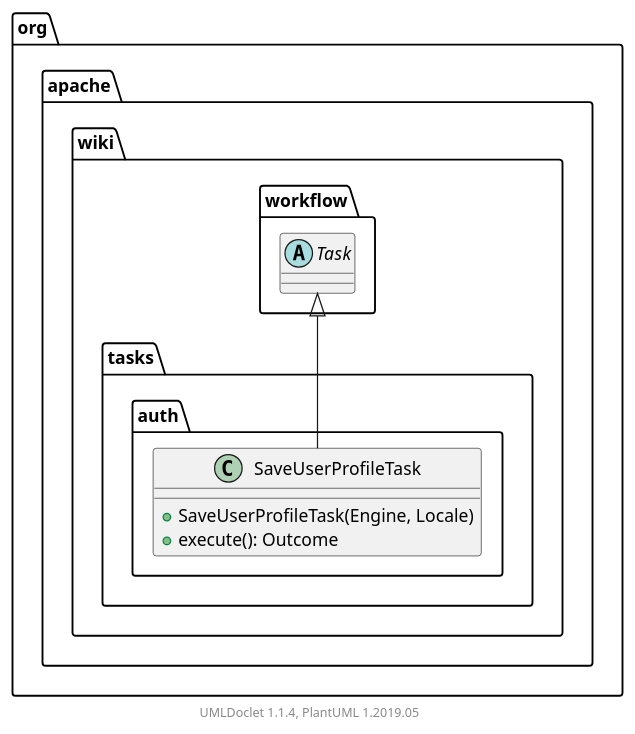
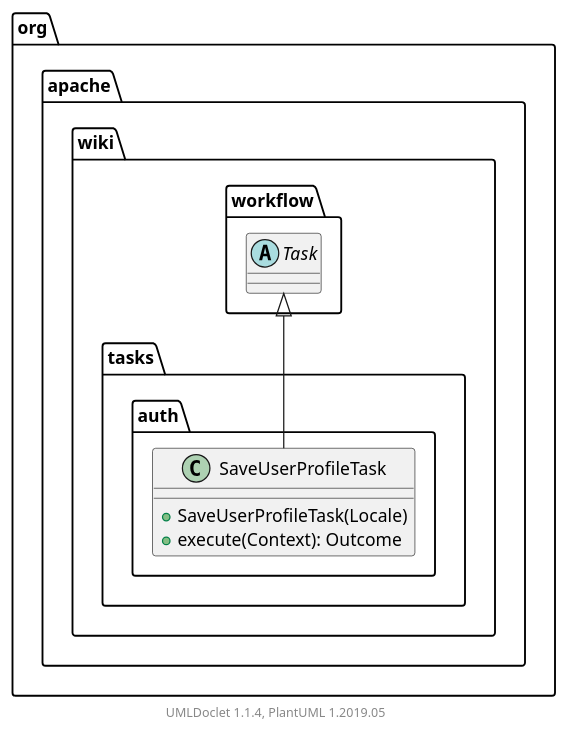
The diagram in apidocs/2.11.0.M8-SNAPSHOT/org/apache/wiki/tasks/auth/package.puml (apache/jspwiki-site), drawn with PlantUML before and after one commit. The commit also changed 1878 other files, not shown here.

```diff
--- a/apidocs/2.11.0.M8-SNAPSHOT/org/apache/wiki/tasks/auth/package.puml
+++ b/apidocs/2.11.0.M8-SNAPSHOT/org/apache/wiki/tasks/auth/package.puml
@@ -1,17 +1,17 @@
 @startuml
 
     namespace org.apache.wiki.tasks.auth {
 
         class SaveUserProfileTask [[SaveUserProfileTask.html]] {
-            +SaveUserProfileTask(Engine, Locale)
-            +execute(): Outcome
+            +SaveUserProfileTask(Locale)
+            +execute(Context): Outcome
         }
 
         abstract class org.apache.wiki.workflow.Task
         org.apache.wiki.workflow.Task <|-- SaveUserProfileTask
 
     }
 
 
     center footer UMLDoclet 1.1.4, PlantUML 1.2019.05
 @enduml
```
